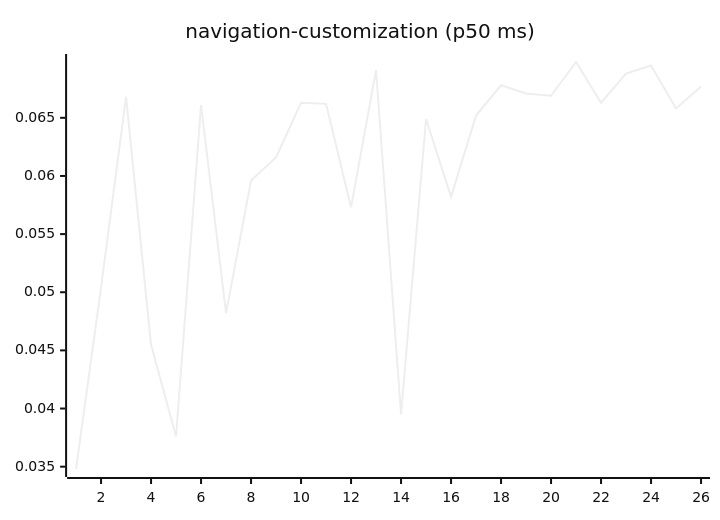
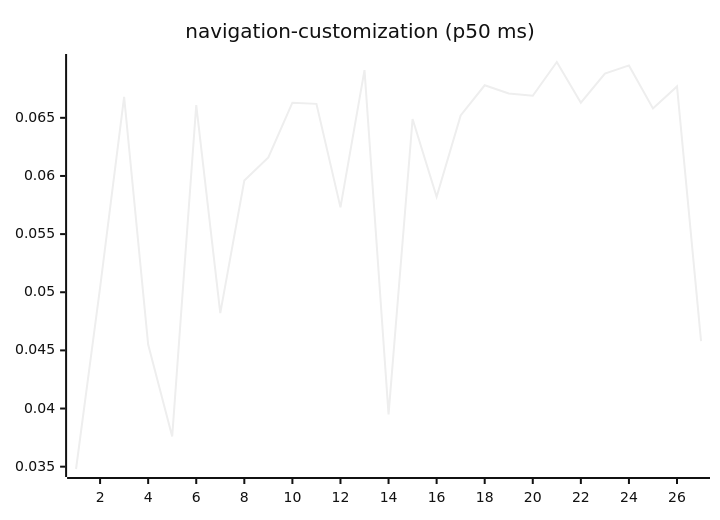
Before and after one commit to josha/Facet: diagram 15 of 27 in README.md, drawn with Mermaid (neutral theme). The commit also changed other lines of this file and 2 other files, not shown here.

````diff
--- a/README.md
+++ b/README.md
@@ -161,6 +161,6 @@
 ```mermaid
 xychart-beta
     title "navigation-customization (p50 ms)"
-    x-axis 1 --> 26
-    line [0.0348, 0.0504, 0.0668, 0.0455, 0.0376, 0.0661, 0.0482, 0.0596, 0.0616, 0.0663, 0.0662, 0.0573, 0.0691, 0.0395, 0.0649, 0.0582, 0.0652, 0.0678, 0.0671, 0.0669, 0.0698, 0.0663, 0.0688, 0.0695, 0.0658, 0.0677]
+    x-axis 1 --> 27
+    line [0.0348, 0.0504, 0.0668, 0.0455, 0.0376, 0.0661, 0.0482, 0.0596, 0.0616, 0.0663, 0.0662, 0.0573, 0.0691, 0.0395, 0.0649, 0.0582, 0.0652, 0.0678, 0.0671, 0.0669, 0.0698, 0.0663, 0.0688, 0.0695, 0.0658, 0.0677, 0.0458]
 ```
````
